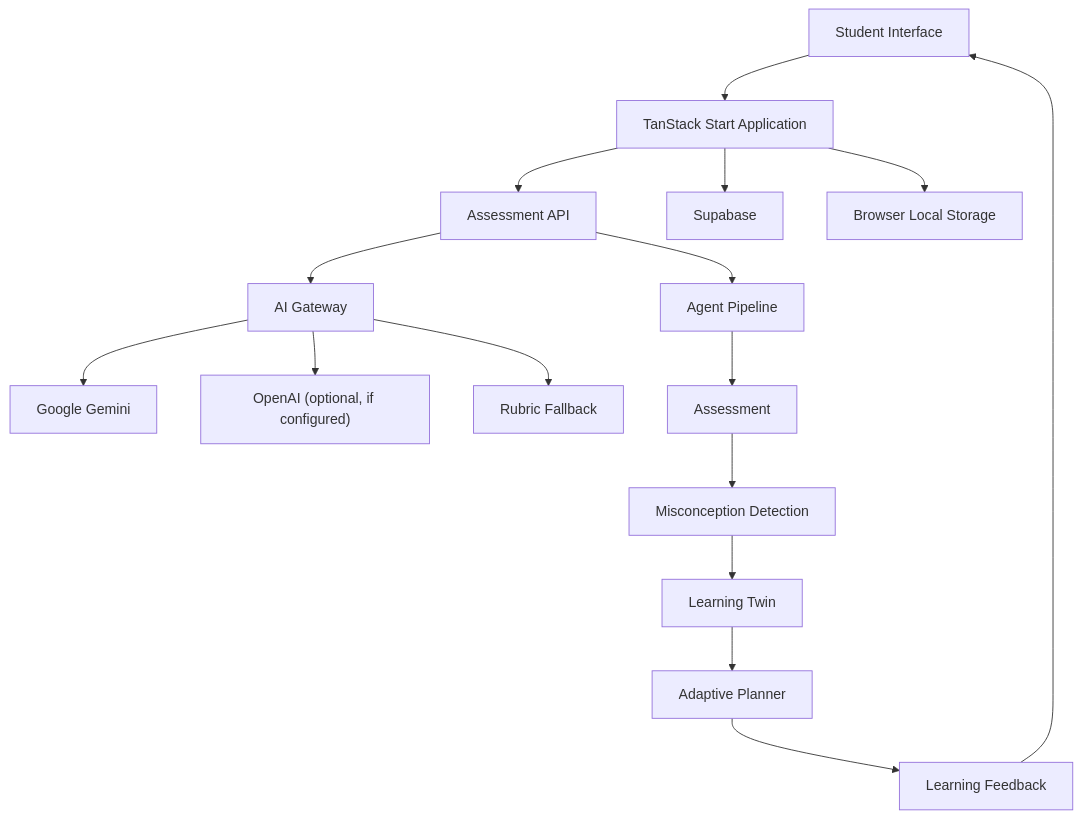
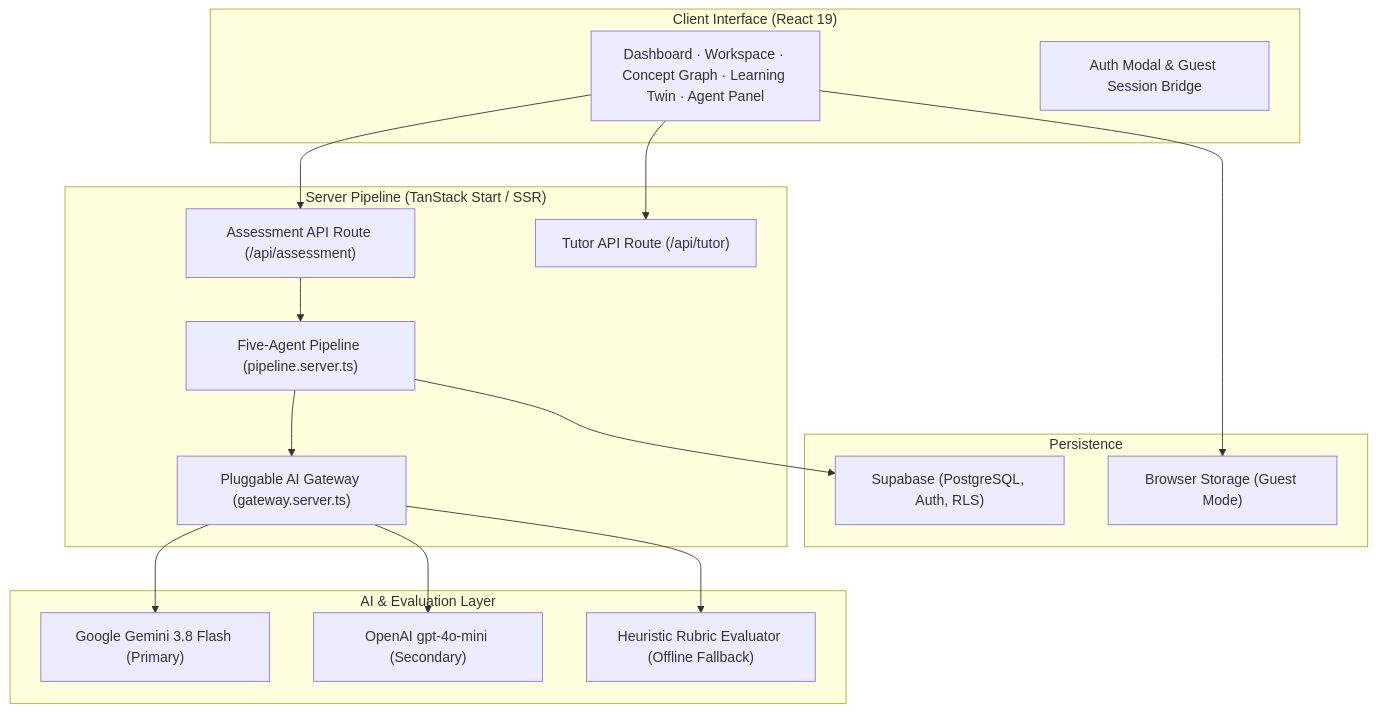
Before and after one commit to Thishanth-T/Cognify-adaptive-learning: the second of 2 diagrams in README.md, drawn with Mermaid. The commit also changed other lines of this file and 21 other files, not shown here.

````diff
--- a/README.md
+++ b/README.md
@@ -113,23 +119,35 @@
 ```mermaid
 flowchart TB
-    U["Student Interface"]
-    U --> A["TanStack Start Application"]
+    subgraph Client ["Client Interface (React 19)"]
+        UI["Dashboard · Workspace · Concept Graph · Learning Twin · Agent Panel"]
+        AuthUI["Auth Modal & Guest Session Bridge"]
+    end
 
-    A --> B["Assessment API"]
-    B --> C["AI Gateway"]
+    subgraph Server ["Server Pipeline (TanStack Start / SSR)"]
+        API["Assessment API Route (/api/assessment)"]
+        TutorAPI["Tutor API Route (/api/tutor)"]
+        Pipeline["Five-Agent Pipeline (pipeline.server.ts)"]
+        AIGW["Pluggable AI Gateway (gateway.server.ts)"]
+    end
 
-    C --> D["Google Gemini"]
-    C --> E["OpenAI (optional, if configured)"]
-    C --> F["Rubric Fallback"]
+    subgraph AI ["AI & Evaluation Layer"]
+        Gemini["Google Gemini 3.8 Flash (Primary)"]
+        OpenAI["OpenAI gpt-4o-mini (Secondary)"]
+        Rubric["Heuristic Rubric Evaluator (Offline Fallback)"]
+    end
 
-    B --> G["Agent Pipeline"]
-    G --> H["Assessment"]
-    H --> I["Misconception Detection"]
-    I --> J["Learning Twin"]
-    J --> K["Adaptive Planner"]
-    K --> L["Learning Feedback"]
+    subgraph Storage ["Persistence"]
+        Supabase["Supabase (PostgreSQL, Auth, RLS)"]
+        Local["Browser Storage (Guest Mode)"]
+    end
 
-    A --> M["Supabase"]
-    A --> N["Browser Local Storage"]
-    L --> U
+    UI --> API
+    UI --> TutorAPI
+    API --> Pipeline
+    Pipeline --> AIGW
+    AIGW --> Gemini
+    AIGW --> OpenAI
+    AIGW --> Rubric
+    Pipeline --> Supabase
+    UI --> Local
 ```
````
